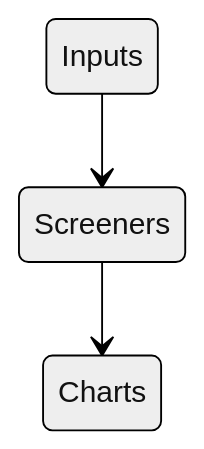
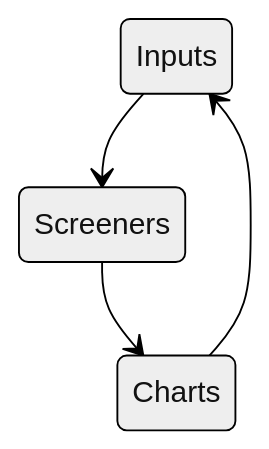
Before and after one commit to Photon1c/PecuniaryScriptsLibrary: the diagram in README.md, drawn with Mermaid (neutral theme).

````diff
--- a/README.md
+++ b/README.md
@@ -15,6 +15,7 @@
 ```mermaid
 stateDiagram-v2
 Inputs --> Screeners
 Screeners --> Charts
+Charts --> Inputs
 
 ```
````
